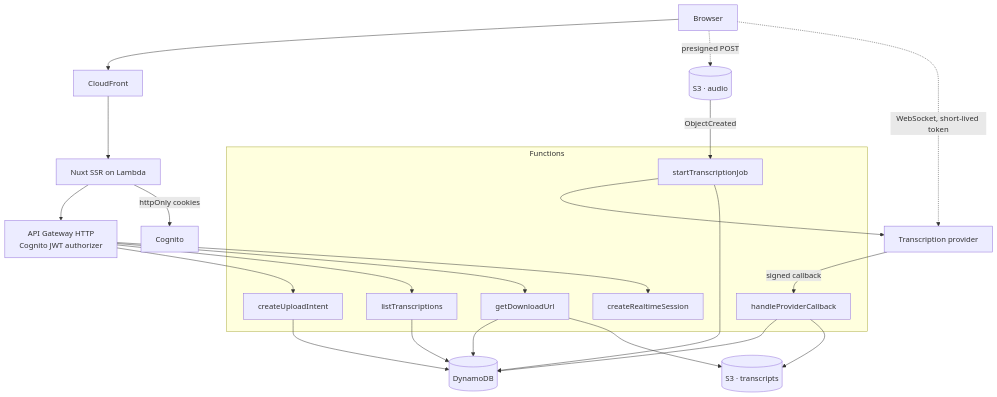
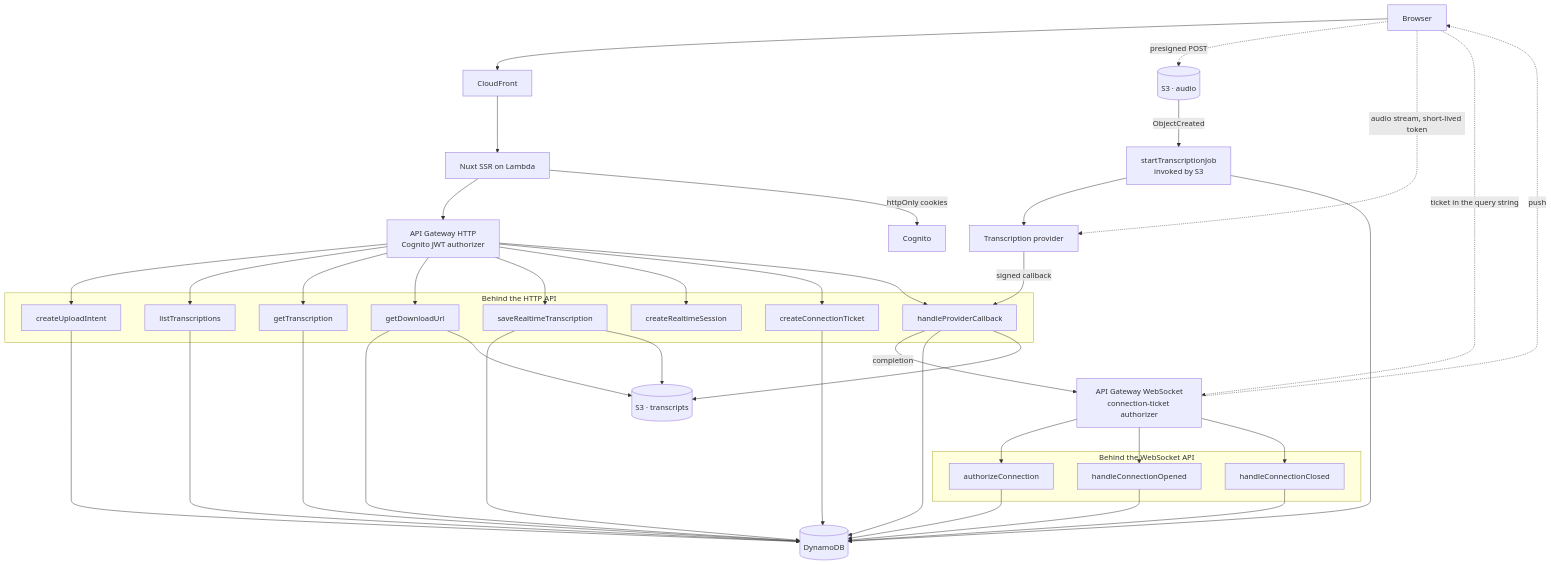
The diagram in README.md (2santos93/vocali-project), drawn with Mermaid before and after one commit. The commit also changed other lines of this file and 63 other files, not shown here.

````diff
--- a/README.md
+++ b/README.md
@@ -74,30 +80,44 @@
 ```mermaid
 graph TB
     B[Browser]
     CF[CloudFront]
     WEB[Nuxt SSR on Lambda]
     API[API Gateway HTTP<br/>Cognito JWT authorizer]
-    subgraph Functions
+    WS[API Gateway WebSocket<br/>connection-ticket authorizer]
+    subgraph HttpFunctions[Behind the HTTP API]
       L1[createUploadIntent]
-      L2[startTranscriptionJob]
-      L3[handleProviderCallback]
-      L4[listTranscriptions]
-      L5[getDownloadUrl]
+      L2[listTranscriptions]
+      L3[getTranscription]
+      L4[getDownloadUrl]
+      L5[saveRealtimeTranscription]
       L6[createRealtimeSession]
+      L7[createConnectionTicket]
+      L8[handleProviderCallback]
+    end
+    JOB[startTranscriptionJob<br/>invoked by S3]
+    subgraph WsFunctions[Behind the WebSocket API]
+      W1[authorizeConnection]
+      W2[handleConnectionOpened]
+      W3[handleConnectionClosed]
     end
     DDB[(DynamoDB)]
     S3A[(S3 · audio)]
     S3T[(S3 · transcripts)]
     COG[Cognito]
     P[Transcription provider]
 
     B --> CF --> WEB --> API
     WEB -->|httpOnly cookies| COG
     B -.->|presigned POST| S3A
-    B -.->|WebSocket, short-lived token| P
-    API --> L1 & L4 & L5 & L6
-    S3A -->|ObjectCreated| L2 --> P
-    P -->|signed callback| L3
-    L1 & L2 & L3 & L4 & L5 --> DDB
-    L3 & L5 --> S3T
+    B -.->|audio stream, short-lived token| P
+    B -.->|ticket in the query string| WS
+    API --> L1 & L2 & L3 & L4 & L5 & L6 & L7 & L8
+    WS --> W1 & W2 & W3
+    S3A -->|ObjectCreated| JOB --> P
+    P -->|signed callback| L8
+    L8 -->|completion| WS
+    WS -.->|push| B
+    L1 & L2 & L3 & L4 & L5 & L7 & L8 & JOB --> DDB
+    W1 & W2 & W3 --> DDB
+    L4 & L5 & L8 --> S3T
 ```
````
